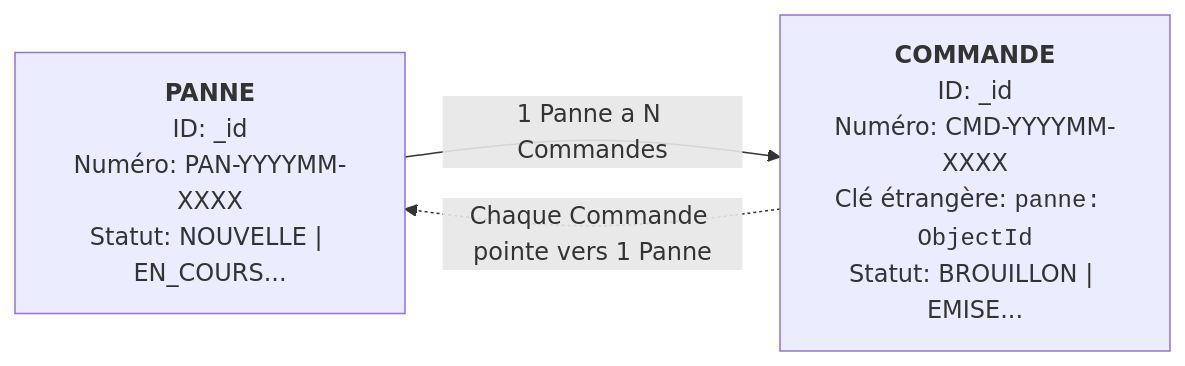
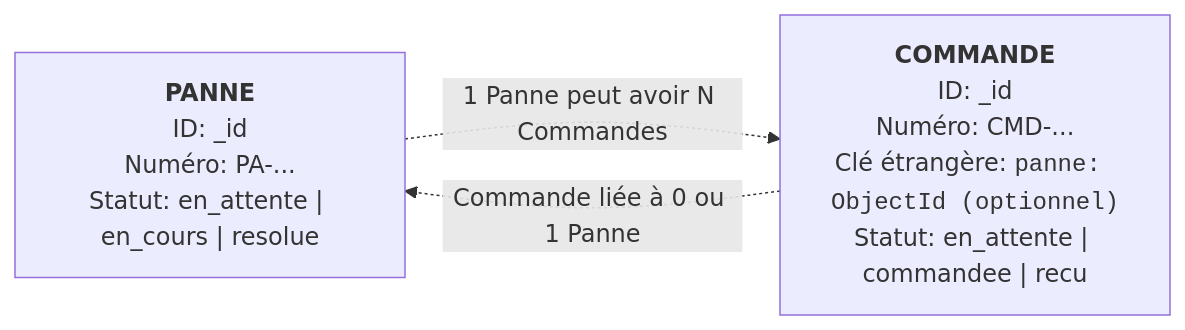
The first of 2 diagrams in docs/GUIDE_INTEGRATION_FRONTEND_PANNE_COMMANDE.md (Nfamoussacamara/Kouma-acedemy), drawn with Mermaid before and after one commit. The commit also changed other lines of this file and 32 other files, not shown here.

````diff
--- a/docs/GUIDE_INTEGRATION_FRONTEND_PANNE_COMMANDE.md
+++ b/docs/GUIDE_INTEGRATION_FRONTEND_PANNE_COMMANDE.md
@@ -36,8 +38,8 @@
 ```mermaid
 flowchart LR
-    P["<b>PANNE</b><br>ID: _id<br>Numéro: PAN-YYYYMM-XXXX<br>Statut: NOUVELLE | EN_COURS..."] 
-    C["<b>COMMANDE</b><br>ID: _id<br>Numéro: CMD-YYYYMM-XXXX<br>Clé étrangère: <code>panne: ObjectId</code><br>Statut: BROUILLON | EMISE..."]
+    P["<b>PANNE</b><br>ID: _id<br>Numéro: PA-...<br>Statut: en_attente | en_cours | resolue"] 
+    C["<b>COMMANDE</b><br>ID: _id<br>Numéro: CMD-...<br>Clé étrangère: <code>panne: ObjectId (optionnel)</code><br>Statut: en_attente | commandee | recu"]
 
-    P -- "1 Panne a N Commandes" --> C
-    C -. "Chaque Commande pointe vers 1 Panne" .-> P
+    P -. "1 Panne peut avoir N Commandes" .-> C
+    C -. "Commande liée à 0 ou 1 Panne" .-> P
 ```
````
